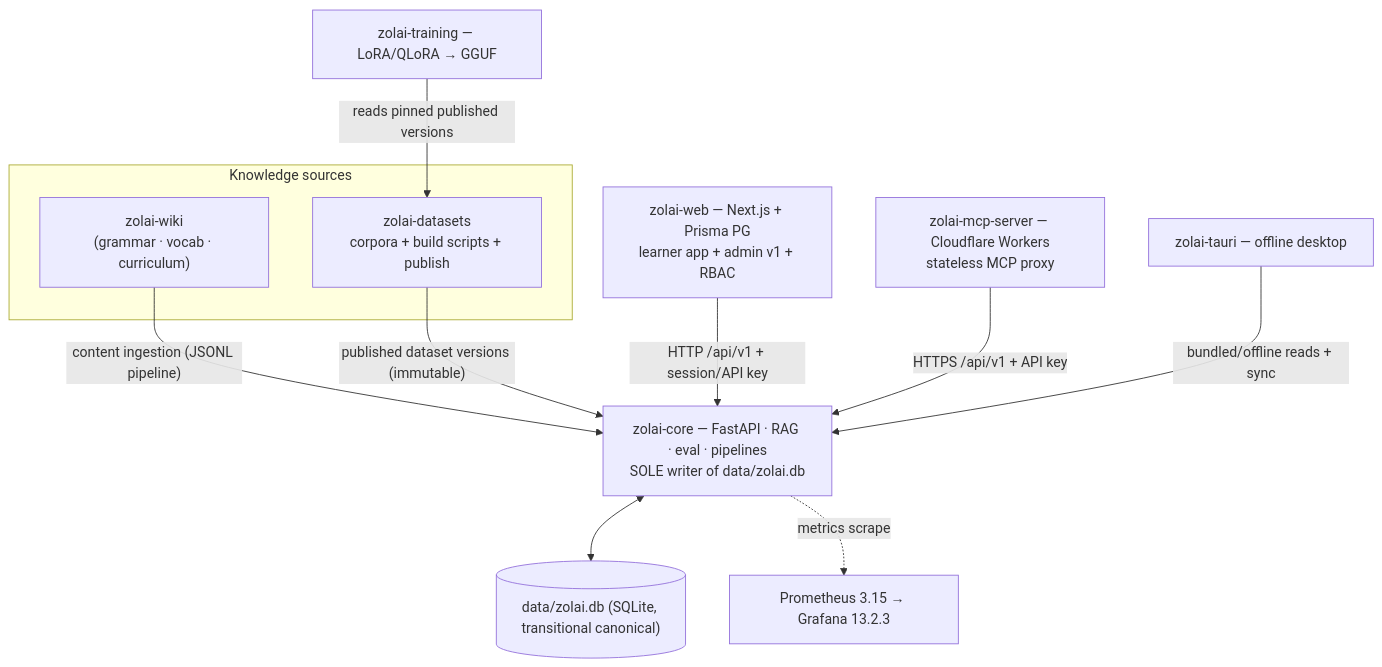
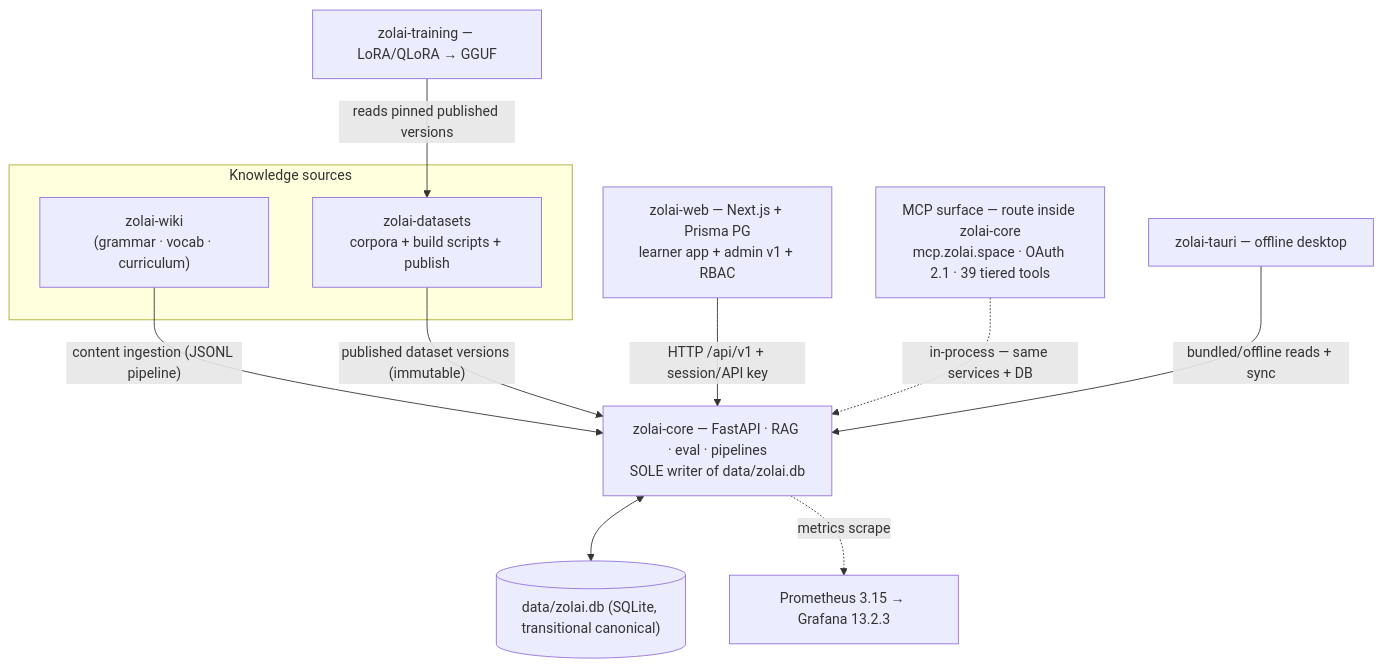
One commit to Zolai-AI/.github changed the first of 2 diagrams in docs/architecture/integrations.md. Above: the diagram before and after it, drawn with Mermaid. The commit also changed other lines of this file and 9 other files, not shown here.

Commit message:
docs: sweep stale MCP/Worker claims from root context, diagrams, and health files

````diff
--- a/docs/architecture/integrations.md
+++ b/docs/architecture/integrations.md
@@ -18,24 +18,24 @@
 ```mermaid
 flowchart TB
   subgraph Knowledge["Knowledge sources"]
     WIKI2["zolai-wiki<br/>(grammar · vocab · curriculum)"]
     CORP["zolai-datasets<br/>corpora + build scripts + publish"]
   end
 
   CORE2["zolai-core — FastAPI · RAG · eval · pipelines<br/>SOLE writer of data/zolai.db"]
   DBX[("data/zolai.db (SQLite, transitional canonical)")]
 
   WEBX["zolai-web — Next.js + Prisma PG<br/>learner app + admin v1 + RBAC"]
-  MCPX["zolai-mcp-server — Cloudflare Workers<br/>stateless MCP proxy"]
+  MCPX["MCP surface — route inside zolai-core<br/>mcp.zolai.space · OAuth 2.1 · 39 tiered tools"]
   TAURIX["zolai-tauri — offline desktop"]
   TRX["zolai-training — LoRA/QLoRA → GGUF"]
 
   WIKI2 -->|"content ingestion (JSONL pipeline)"| CORE2
   CORP -->|"published dataset versions (immutable)"| CORE2
   CORE2 <--> DBX
   WEBX -->|"HTTP /api/v1 + session/API key"| CORE2
-  MCPX -->|"HTTPS /api/v1 + API key"| CORE2
+  MCPX -.->|"in-process — same services + DB"| CORE2
   TAURIX -->|"bundled/offline reads + sync"| CORE2
   TRX -->|"reads pinned published versions"| CORP
   CORE2 -.->|"metrics scrape"| PROM3["Prometheus 3.15 → Grafana 13.2.3"]
 ```
````
